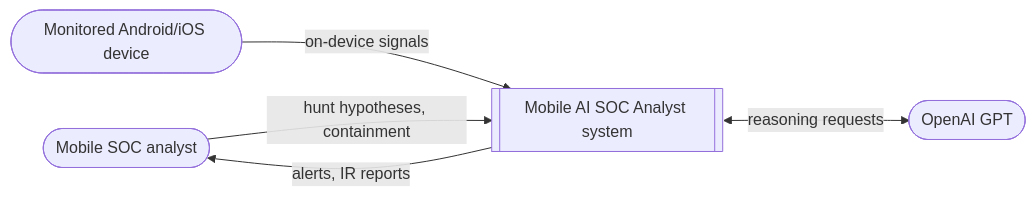
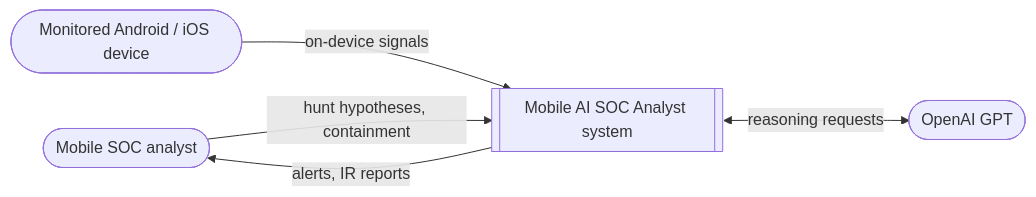
One commit to naratech-eng/mobile-ai-soc-analyst changed the first of 3 diagrams in docs/engineering/architecture.md. Above: the diagram before and after it, drawn with Mermaid. The commit also changed other lines of this file and 6 other files, not shown here.

````diff
--- a/docs/engineering/architecture.md
+++ b/docs/engineering/architecture.md
@@ -18,12 +18,12 @@
 ```mermaid
 flowchart LR
     analyst([Mobile SOC analyst])
-    device([Monitored Android/iOS device])
+    device([Monitored Android / iOS device])
     llm([OpenAI GPT])
     system[[Mobile AI SOC Analyst system]]
 
     device -->|on-device signals| system
     system -->|alerts, IR reports| analyst
     analyst -->|hunt hypotheses, containment| system
     system <-->|reasoning requests| llm
 ```
````
